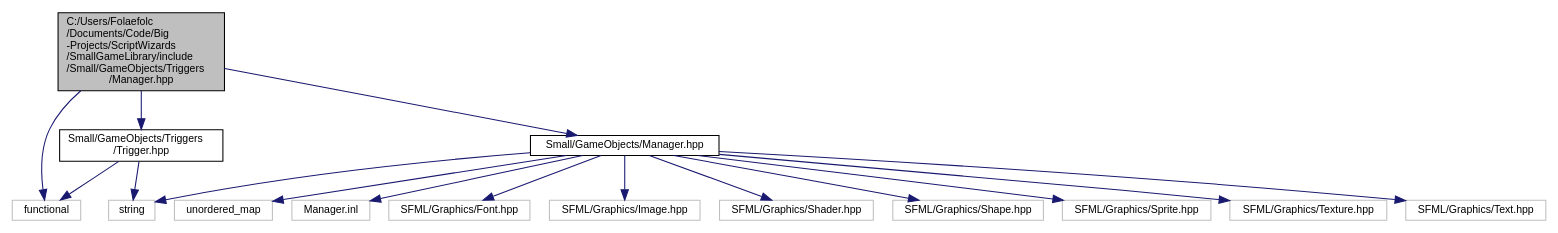
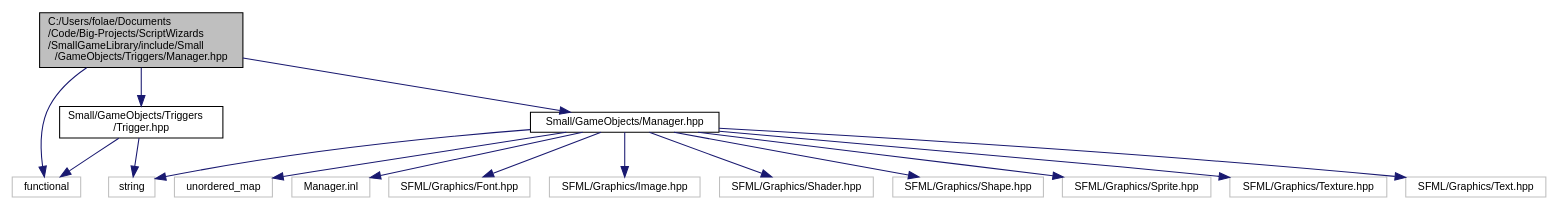
Before and after one commit to ScriptWizards/documentation: the diagram in df/dcf/Triggers_2Manager_8hpp__incl.dot, drawn with Graphviz. The commit also changed 576 other files, not shown here.

```diff
--- a/df/dcf/Triggers_2Manager_8hpp__incl.dot
+++ b/df/dcf/Triggers_2Manager_8hpp__incl.dot
@@ -1,35 +1,36 @@
-digraph "C:/Users/Folaefolc/Documents/Code/Big-Projects/ScriptWizards/SmallGameLibrary/include/Small/GameObjects/Triggers/Manager.hpp"
+digraph "C:/Users/folae/Documents/Code/Big-Projects/ScriptWizards/SmallGameLibrary/include/Small/GameObjects/Triggers/Manager.hpp"
 {
  // INTERACTIVE_SVG=YES
+ // LATEX_PDF_SIZE
   edge [fontname="Helvetica",fontsize="10",labelfontname="Helvetica",labelfontsize="10"];
   node [fontname="Helvetica",fontsize="10",shape=record];
-  Node1 [label="C:/Users/Folaefolc\l/Documents/Code/Big\l-Projects/ScriptWizards\l/SmallGameLibrary/include\l/Small/GameObjects/Triggers\l/Manager.hpp",height=0.2,width=0.4,color="black", fillcolor="grey75", style="filled", fontcolor="black"];
+  Node1 [label="C:/Users/folae/Documents\l/Code/Big-Projects/ScriptWizards\l/SmallGameLibrary/include/Small\l/GameObjects/Triggers/Manager.hpp",height=0.2,width=0.4,color="black", fillcolor="grey75", style="filled", fontcolor="black",tooltip="Handle triggers and destroy them when needed."];
   Node1 -> Node2 [color="midnightblue",fontsize="10",style="solid",fontname="Helvetica"];
-  Node2 [label="functional",height=0.2,width=0.4,color="grey75", fillcolor="white", style="filled"];
+  Node2 [label="functional",height=0.2,width=0.4,color="grey75", fillcolor="white", style="filled",tooltip=" "];
   Node1 -> Node3 [color="midnightblue",fontsize="10",style="solid",fontname="Helvetica"];
-  Node3 [label="Small/GameObjects/Manager.hpp",height=0.2,width=0.4,color="black", fillcolor="white", style="filled",URL="$d9/d54/Manager_8hpp.html"];
+  Node3 [label="Small/GameObjects/Manager.hpp",height=0.2,width=0.4,color="black", fillcolor="white", style="filled",URL="$d9/d54/Manager_8hpp.html",tooltip="Providing a basic ressource management throughout the lifetime of the program."];
   Node3 -> Node4 [color="midnightblue",fontsize="10",style="solid",fontname="Helvetica"];
-  Node4 [label="string",height=0.2,width=0.4,color="grey75", fillcolor="white", style="filled"];
+  Node4 [label="string",height=0.2,width=0.4,color="grey75", fillcolor="white", style="filled",tooltip=" "];
   Node3 -> Node5 [color="midnightblue",fontsize="10",style="solid",fontname="Helvetica"];
-  Node5 [label="unordered_map",height=0.2,width=0.4,color="grey75", fillcolor="white", style="filled"];
+  Node5 [label="unordered_map",height=0.2,width=0.4,color="grey75", fillcolor="white", style="filled",tooltip=" "];
   Node3 -> Node6 [color="midnightblue",fontsize="10",style="solid",fontname="Helvetica"];
-  Node6 [label="Manager.inl",height=0.2,width=0.4,color="grey75", fillcolor="white", style="filled"];
+  Node6 [label="Manager.inl",height=0.2,width=0.4,color="grey75", fillcolor="white", style="filled",tooltip=" "];
   Node3 -> Node7 [color="midnightblue",fontsize="10",style="solid",fontname="Helvetica"];
-  Node7 [label="SFML/Graphics/Font.hpp",height=0.2,width=0.4,color="grey75", fillcolor="white", style="filled"];
+  Node7 [label="SFML/Graphics/Font.hpp",height=0.2,width=0.4,color="grey75", fillcolor="white", style="filled",tooltip=" "];
   Node3 -> Node8 [color="midnightblue",fontsize="10",style="solid",fontname="Helvetica"];
-  Node8 [label="SFML/Graphics/Image.hpp",height=0.2,width=0.4,color="grey75", fillcolor="white", style="filled"];
+  Node8 [label="SFML/Graphics/Image.hpp",height=0.2,width=0.4,color="grey75", fillcolor="white", style="filled",tooltip=" "];
   Node3 -> Node9 [color="midnightblue",fontsize="10",style="solid",fontname="Helvetica"];
-  Node9 [label="SFML/Graphics/Shader.hpp",height=0.2,width=0.4,color="grey75", fillcolor="white", style="filled"];
+  Node9 [label="SFML/Graphics/Shader.hpp",height=0.2,width=0.4,color="grey75", fillcolor="white", style="filled",tooltip=" "];
   Node3 -> Node10 [color="midnightblue",fontsize="10",style="solid",fontname="Helvetica"];
-  Node10 [label="SFML/Graphics/Shape.hpp",height=0.2,width=0.4,color="grey75", fillcolor="white", style="filled"];
+  Node10 [label="SFML/Graphics/Shape.hpp",height=0.2,width=0.4,color="grey75", fillcolor="white", style="filled",tooltip=" "];
   Node3 -> Node11 [color="midnightblue",fontsize="10",style="solid",fontname="Helvetica"];
-  Node11 [label="SFML/Graphics/Sprite.hpp",height=0.2,width=0.4,color="grey75", fillcolor="white", style="filled"];
+  Node11 [label="SFML/Graphics/Sprite.hpp",height=0.2,width=0.4,color="grey75", fillcolor="white", style="filled",tooltip=" "];
   Node3 -> Node12 [color="midnightblue",fontsize="10",style="solid",fontname="Helvetica"];
-  Node12 [label="SFML/Graphics/Texture.hpp",height=0.2,width=0.4,color="grey75", fillcolor="white", style="filled"];
+  Node12 [label="SFML/Graphics/Texture.hpp",height=0.2,width=0.4,color="grey75", fillcolor="white", style="filled",tooltip=" "];
   Node3 -> Node13 [color="midnightblue",fontsize="10",style="solid",fontname="Helvetica"];
-  Node13 [label="SFML/Graphics/Text.hpp",height=0.2,width=0.4,color="grey75", fillcolor="white", style="filled"];
+  Node13 [label="SFML/Graphics/Text.hpp",height=0.2,width=0.4,color="grey75", fillcolor="white", style="filled",tooltip=" "];
   Node1 -> Node14 [color="midnightblue",fontsize="10",style="solid",fontname="Helvetica"];
-  Node14 [label="Small/GameObjects/Triggers\l/Trigger.hpp",height=0.2,width=0.4,color="black", fillcolor="white", style="filled",URL="$d2/d29/Trigger_8hpp.html",tooltip="Define a base trigger class. "];
+  Node14 [label="Small/GameObjects/Triggers\l/Trigger.hpp",height=0.2,width=0.4,color="black", fillcolor="white", style="filled",URL="$d2/d29/Trigger_8hpp.html",tooltip="Define a base trigger class."];
   Node14 -> Node2 [color="midnightblue",fontsize="10",style="solid",fontname="Helvetica"];
   Node14 -> Node4 [color="midnightblue",fontsize="10",style="solid",fontname="Helvetica"];
 }
```
